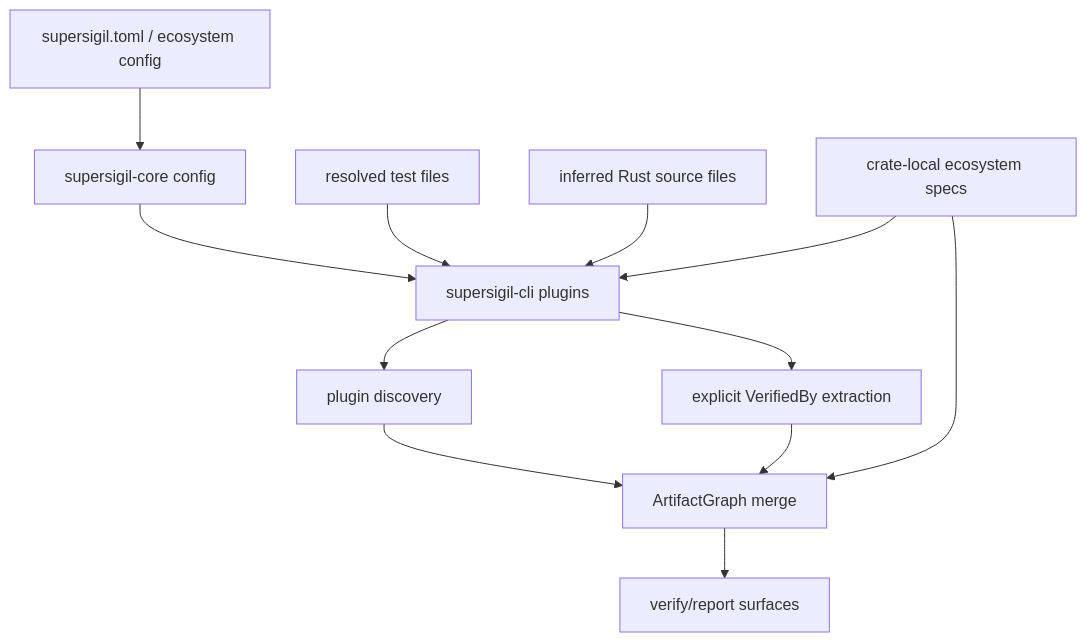
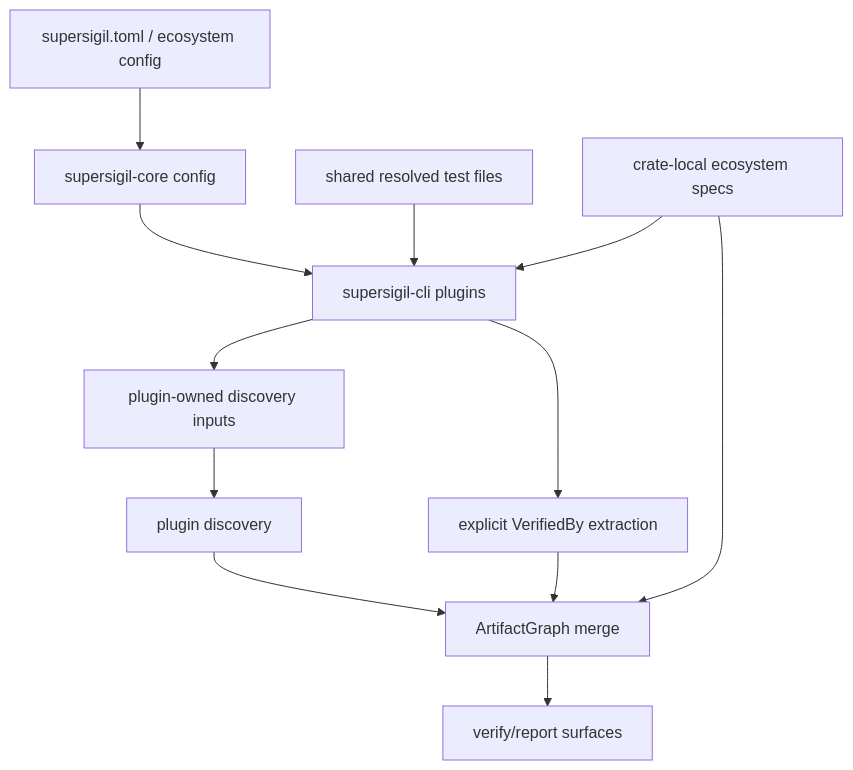
One commit to jonisavo/supersigil changed the diagram in specs/ecosystem-plugins/ecosystem-plugins.design.mdx. Above: the diagram before and after it, drawn with Mermaid. The commit also changed other lines of this file and 14 other files, not shown here.

Commit message:
feat(ecosystem): let plugins plan discovery inputs

````diff
--- a/specs/ecosystem-plugins/ecosystem-plugins.design.mdx
+++ b/specs/ecosystem-plugins/ecosystem-plugins.design.mdx
@@ -29,25 +32,25 @@
 ```mermaid
 graph TD
     CFG["supersigil.toml / ecosystem config"]
     CORE["supersigil-core config"]
     CLI["supersigil-cli plugins"]
-    TESTS["resolved test files"]
-    RUSTSRC["inferred Rust source files"]
+    TESTS["shared resolved test files"]
+    INPUTS["plugin-owned discovery inputs"]
     EXPL["explicit VerifiedBy extraction"]
     PLUG["plugin discovery"]
     AG["ArtifactGraph merge"]
     REPORT["verify/report surfaces"]
     LOCAL["crate-local ecosystem specs"]
 
     CFG --> CORE
     CORE --> CLI
     TESTS --> CLI
-    RUSTSRC --> CLI
-    CLI --> PLUG
+    CLI --> INPUTS
+    INPUTS --> PLUG
     CLI --> EXPL
     PLUG --> AG
     EXPL --> AG
     AG --> REPORT
     LOCAL --> CLI
     LOCAL --> AG
 ```
````
